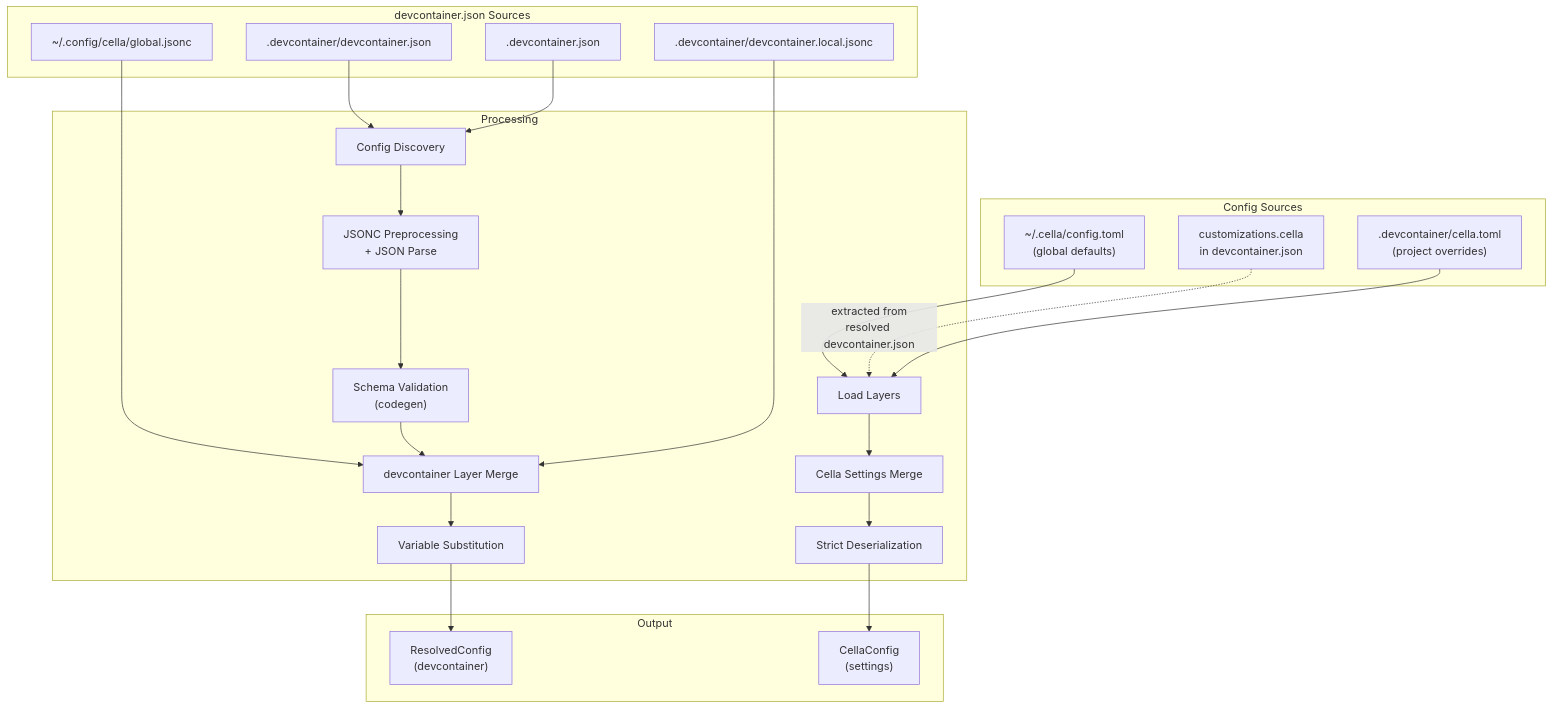
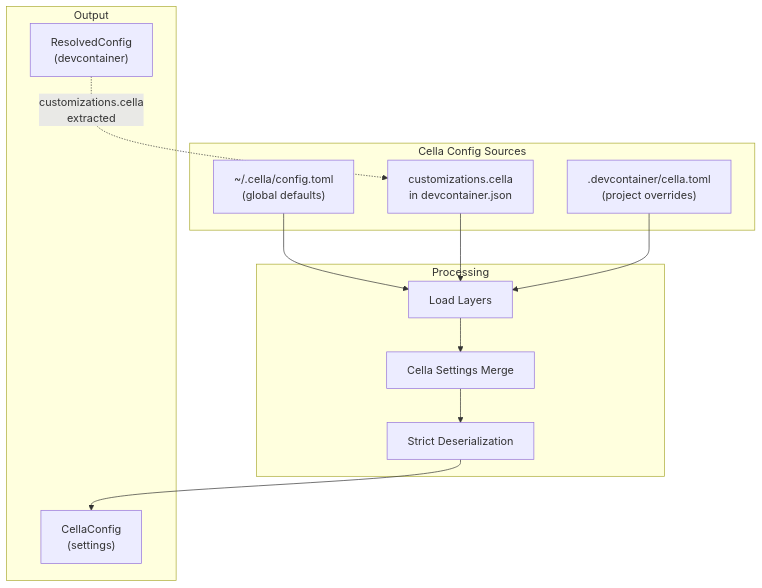
The diagram in docs/specs/configuration.md (eve0415/cella), drawn with Mermaid before and after one commit. The commit also changed other lines of this file and 2 other files, not shown here.

````diff
--- a/docs/specs/configuration.md
+++ b/docs/specs/configuration.md
@@ -11,45 +13,26 @@
 ```mermaid
 flowchart TB
-    subgraph "Config Sources"
+    subgraph "Cella Config Sources"
         global["~/.cella/config.toml<br/>(global defaults)"]
         workspace["customizations.cella<br/>in devcontainer.json"]
         project[".devcontainer/cella.toml<br/>(project overrides)"]
     end
 
-    subgraph "devcontainer.json Sources"
-        dc_primary[".devcontainer/devcontainer.json"]
-        dc_root[".devcontainer.json"]
-        dc_global["~/.config/cella/global.jsonc"]
-        dc_local[".devcontainer/devcontainer.local.jsonc"]
-    end
-
     subgraph "Processing"
-        dc_discover["Config Discovery"]
-        dc_parse["JSONC Preprocessing<br/>+ JSON Parse"]
-        dc_validate["Schema Validation<br/>(codegen)"]
-        dc_merge["devcontainer Layer Merge"]
-        dc_subst["Variable Substitution"]
-
         cella_load["Load Layers"]
         cella_merge["Cella Settings Merge"]
         cella_deser["Strict Deserialization"]
     end
 
     subgraph "Output"
         resolved["ResolvedConfig<br/>(devcontainer)"]
         cella_config["CellaConfig<br/>(settings)"]
     end
 
-    dc_primary --> dc_discover
-    dc_root --> dc_discover
-    dc_discover --> dc_parse --> dc_validate
-    dc_global --> dc_merge
-    dc_validate --> dc_merge
-    dc_local --> dc_merge
-    dc_merge --> dc_subst --> resolved
+    resolved -.-> |"customizations.cella<br/>extracted"| workspace
 
     global --> cella_load
-    workspace -.-> |"extracted from<br/>resolved devcontainer.json"| cella_load
+    workspace --> cella_load
     project --> cella_load
     cella_load --> cella_merge --> cella_deser --> cella_config
 ```
````
